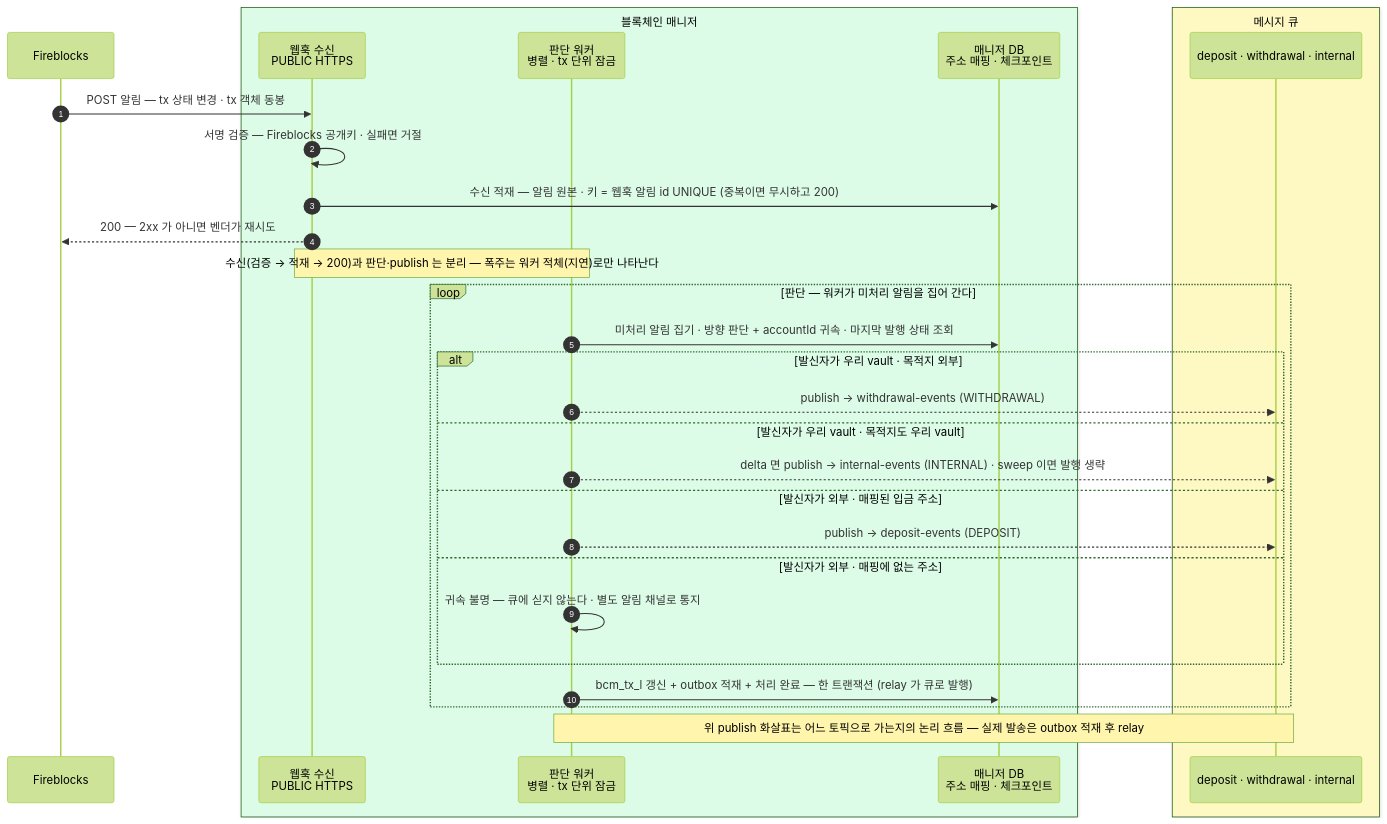
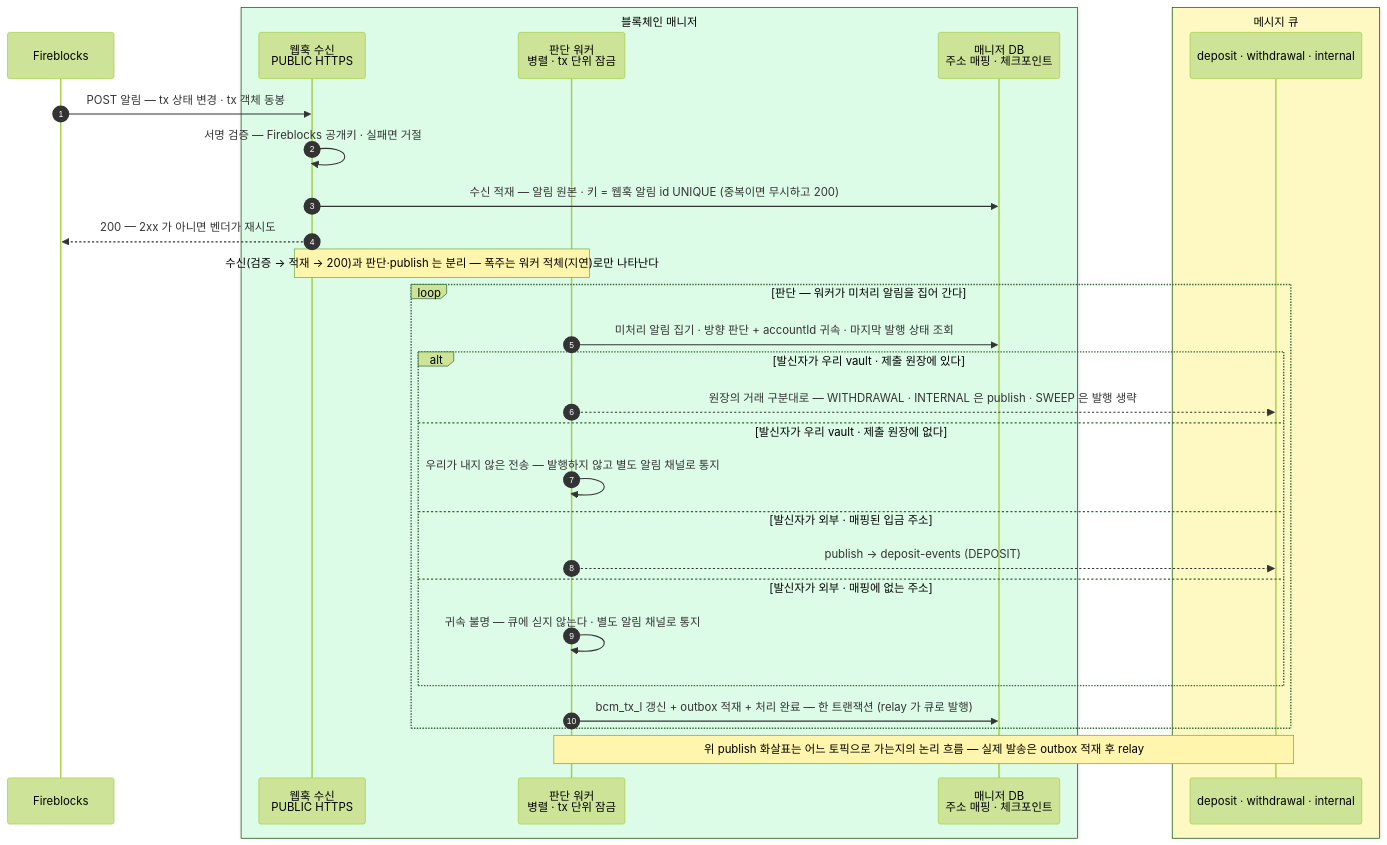
The second of 6 diagrams in blockchain-manager/docs/BC/설계/02-bcm-flow.md (eunsujeo/eunpus), drawn with Mermaid (forest theme) before and after one commit. The commit also changed other lines of this file and 7 other files, not shown here.

````diff
--- a/blockchain-manager/docs/BC/설계/02-bcm-flow.md
+++ b/blockchain-manager/docs/BC/설계/02-bcm-flow.md
@@ -47,34 +47,34 @@
 ```mermaid
 sequenceDiagram
     autonumber
     participant FB as Fireblocks
     box rgb(220,252,231) 블록체인 매니저
     participant WH as 웹훅 수신<br/>PUBLIC HTTPS
     participant WK as 판단 워커<br/>병렬 · tx 단위 잠금
     participant MDB as 매니저 DB<br/>주소 매핑 · 체크포인트
     end
     box rgb(254,249,195) 메시지 큐
     participant MQ as deposit · withdrawal · internal
     end
 
     FB->>WH: POST 알림 — tx 상태 변경 · tx 객체 동봉
     WH->>WH: 서명 검증 — Fireblocks 공개키 · 실패면 거절
     WH->>MDB: 수신 적재 — 알림 원본 · 키 = 웹훅 알림 id UNIQUE (중복이면 무시하고 200)
     WH-->>FB: 200 — 2xx 가 아니면 벤더가 재시도
     Note over WH,WK: 수신(검증 → 적재 → 200)과 판단·publish 는 분리 — 폭주는 워커 적체(지연)로만 나타난다
 
     loop 판단 — 워커가 미처리 알림을 집어 간다
         WK->>MDB: 미처리 알림 집기 · 방향 판단 + accountId 귀속 · 마지막 발행 상태 조회
-        alt 발신자가 우리 vault · 목적지 외부
-            WK-->>MQ: publish → withdrawal-events (WITHDRAWAL)
-        else 발신자가 우리 vault · 목적지도 우리 vault
-            WK-->>MQ: delta 면 publish → internal-events (INTERNAL) · sweep 이면 발행 생략
+        alt 발신자가 우리 vault · 제출 원장에 있다
+            WK-->>MQ: 원장의 거래 구분대로 — WITHDRAWAL · INTERNAL 은 publish · SWEEP 은 발행 생략
+        else 발신자가 우리 vault · 제출 원장에 없다
+            WK->>WK: 우리가 내지 않은 전송 — 발행하지 않고 별도 알림 채널로 통지
         else 발신자가 외부 · 매핑된 입금 주소
             WK-->>MQ: publish → deposit-events (DEPOSIT)
         else 발신자가 외부 · 매핑에 없는 주소
             WK->>WK: 귀속 불명 — 큐에 싣지 않는다 · 별도 알림 채널로 통지
         end
         WK->>MDB: bcm_tx_l 갱신 + outbox 적재 + 처리 완료 — 한 트랜잭션 (relay 가 큐로 발행)
     end
     Note over WK,MQ: 위 publish 화살표는 어느 토픽으로 가는지의 논리 흐름 — 실제 발송은 outbox 적재 후 relay
 ```
````
